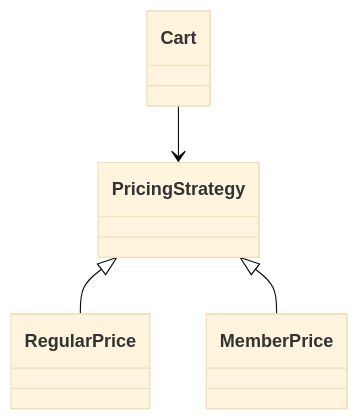
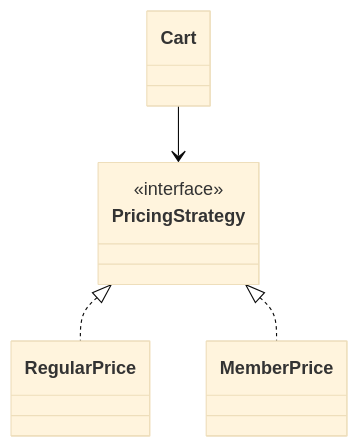
One commit to remideboer/pys changed the second of 2 diagrams in examples/design_patterns/behavioral/strategy.md. Above: the diagram before and after it, drawn with Mermaid (base theme). The commit also changed 23 other files, not shown here.

````diff
--- a/examples/design_patterns/behavioral/strategy.md
+++ b/examples/design_patterns/behavioral/strategy.md
@@ -35,10 +35,12 @@
 ```mermaid
 classDiagram
     class Cart
-    class PricingStrategy
+    class PricingStrategy {
+        <<interface>>
+    }
     class RegularPrice
     class MemberPrice
     Cart --> PricingStrategy
-    PricingStrategy <|-- RegularPrice
-    PricingStrategy <|-- MemberPrice
+    PricingStrategy <|.. RegularPrice
+    PricingStrategy <|.. MemberPrice
 ```
````
